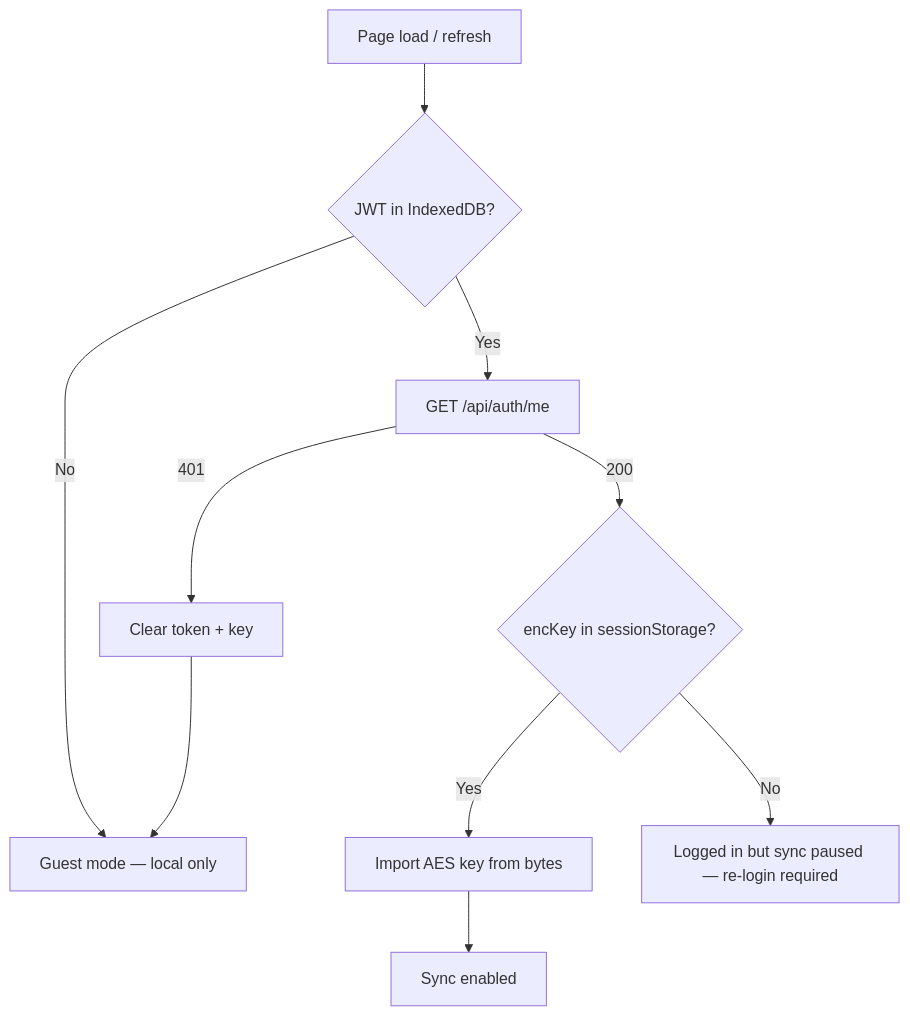
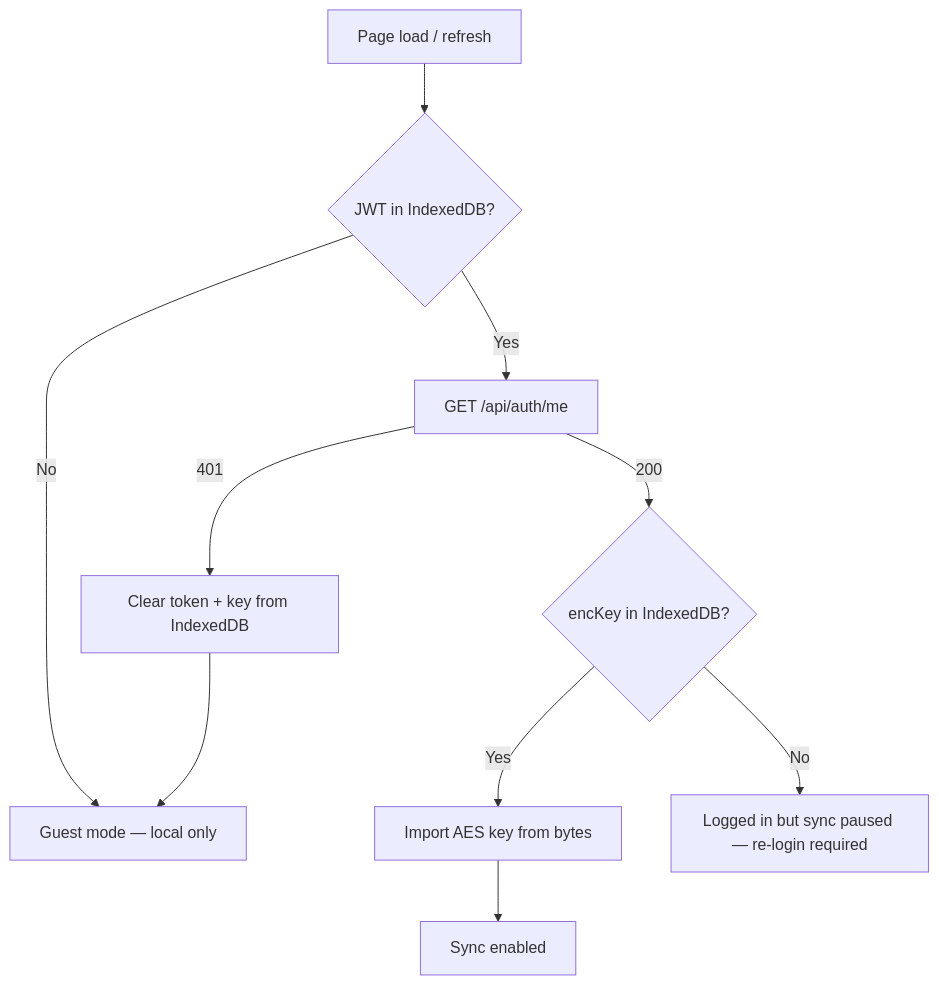
Before and after one commit to Numori-Ecosystem/Numori-Notes: the third of 5 diagrams in README.md, drawn with Mermaid. The commit also changed other lines of this file and 1 other file, not shown here.

````diff
--- a/README.md
+++ b/README.md
@@ -280,10 +280,10 @@
 ```mermaid
 flowchart TD
     LOAD[Page load / refresh] --> JWT{JWT in IndexedDB?}
     JWT -- No --> GUEST[Guest mode — local only]
     JWT -- Yes --> VERIFY[GET /api/auth/me]
-    VERIFY -- 401 --> CLEAR[Clear token + key] --> GUEST
-    VERIFY -- 200 --> KEY{encKey in sessionStorage?}
+    VERIFY -- 401 --> CLEAR[Clear token + key from IndexedDB] --> GUEST
+    VERIFY -- 200 --> KEY{encKey in IndexedDB?}
     KEY -- Yes --> IMPORT[Import AES key from bytes] --> READY[Sync enabled]
     KEY -- No --> NOSYNC[Logged in but sync paused — re-login required]
 ```
````
